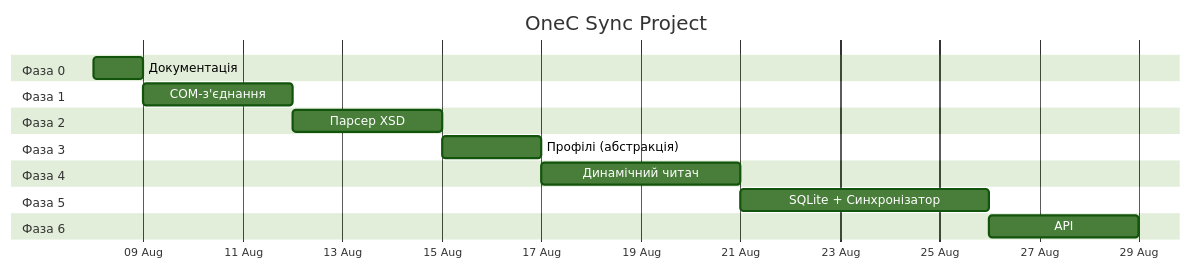
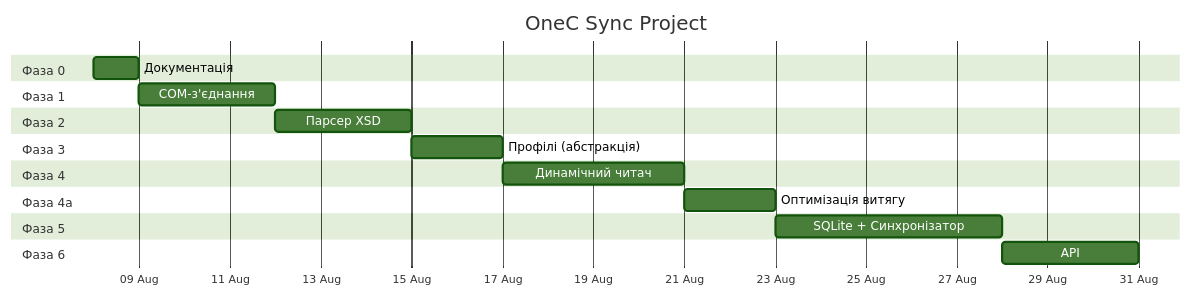
One commit to odynets-uk/one-c changed the diagram in .agents/tasks/gantt.md. Above: the diagram before and after it, drawn with Mermaid (forest theme). The commit also changed other lines of this file and 3 other files, not shown here.

````diff
--- a/.agents/tasks/gantt.md
+++ b/.agents/tasks/gantt.md
@@ -3,27 +3,30 @@
 ```mermaid
 gantt
     title OneC Sync Project
     dateFormat  YYYY-MM-DD
     axisFormat  %d %b
 
     section Фаза 0
     Документація           :task-000, 2026-08-08, 1d
 
     section Фаза 1
     COM-з'єднання          :task-001, after task-000, 3d
 
     section Фаза 2
     Парсер XSD             :task-002, after task-001, 3d
 
     section Фаза 3
     Профілі (абстракція)   :task-003, after task-002, 2d
 
     section Фаза 4
     Динамічний читач       :task-004, after task-003, 4d
 
+    section Фаза 4a
+    Оптимізація витягу     :task-004a, after task-004, 2d
+
     section Фаза 5
-    SQLite + Синхронізатор :task-005, after task-004, 5d
+    SQLite + Синхронізатор :task-005, after task-004a, 5d
 
     section Фаза 6
     API                    :task-006, after task-005, 3d
 ```
````
